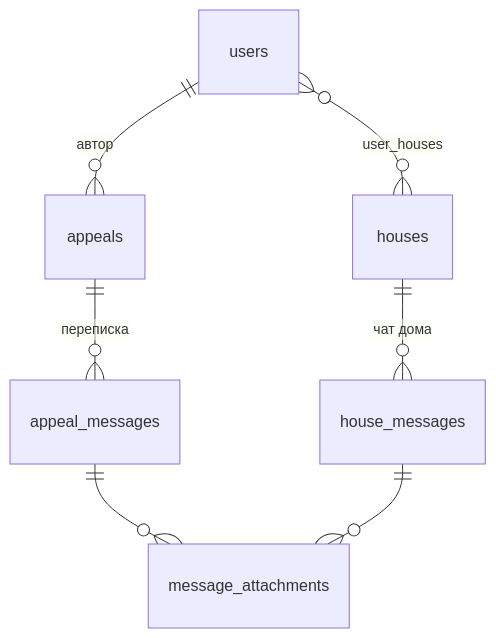
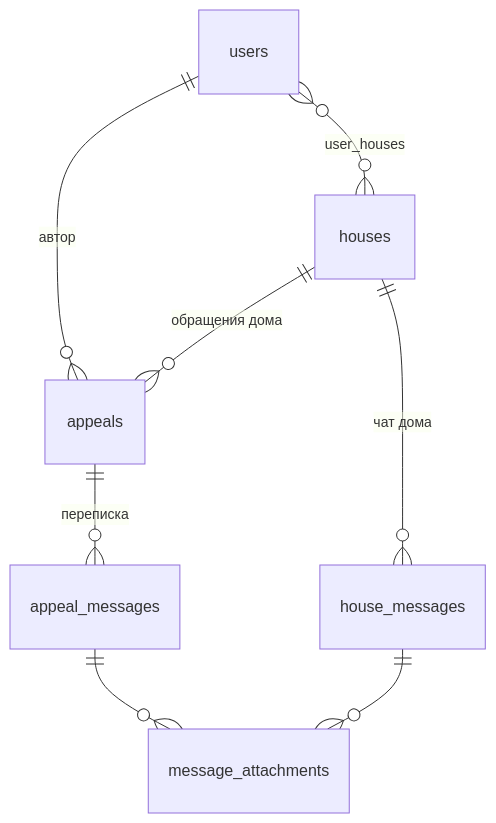
One commit to semenogka/umniy_dom_max changed the diagram in backend/README.md. Above: the diagram before and after it, drawn with Mermaid. The commit also changed other lines of this file and 17 other files, not shown here.

````diff
--- a/backend/README.md
+++ b/backend/README.md
@@ -104,9 +105,10 @@
 ```mermaid
 erDiagram
     users ||--o{ appeals : "автор"
     users }o--o{ houses : "user_houses"
+    houses ||--o{ appeals : "обращения дома"
     houses ||--o{ house_messages : "чат дома"
     appeals ||--o{ appeal_messages : "переписка"
     appeal_messages ||--o{ message_attachments : ""
     house_messages ||--o{ message_attachments : ""
 ```
````
